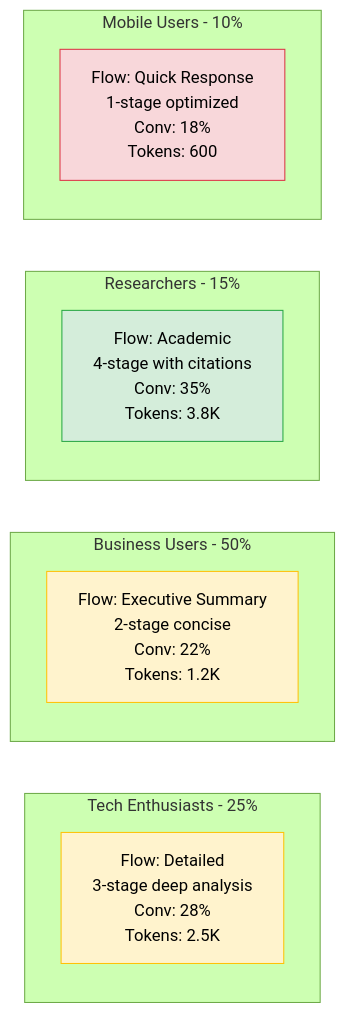
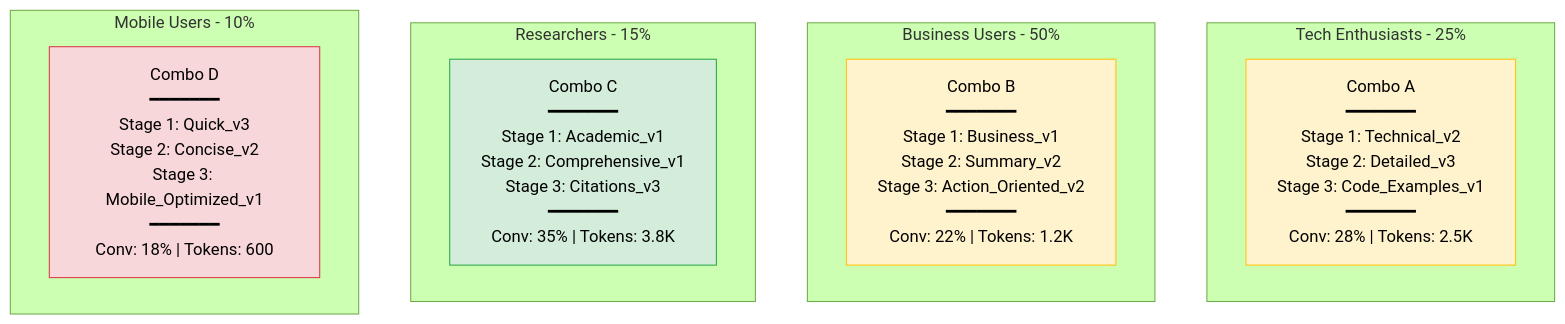
Before and after one commit to featbit/agent-flag: the sixth of 6 diagrams in insights-bh.md, drawn with Mermaid (forest theme). The commit also changed other lines of this file and 1 other file, not shown here.

````diff
--- a/insights-bh.md
+++ b/insights-bh.md
@@ -291,26 +300,30 @@
 ```mermaid
-graph LR
+graph TB
     subgraph Segment1[Tech Enthusiasts - 25%]
-        F1[Flow: Detailed<br/>3-stage deep analysis<br/>Conv: 28%<br/>Tokens: 2.5K]
+        direction LR
+        F1["Combo A<br/>━━━━━━━<br/>Stage 1: Technical_v2<br/>Stage 2: Detailed_v3<br/>Stage 3: Code_Examples_v1<br/>━━━━━━━<br/>Conv: 28% | Tokens: 2.5K"]
     end
     
     subgraph Segment2[Business Users - 50%]
-        F2[Flow: Executive Summary<br/>2-stage concise<br/>Conv: 22%<br/>Tokens: 1.2K]
+        direction LR
+        F2["Combo B<br/>━━━━━━━<br/>Stage 1: Business_v1<br/>Stage 2: Summary_v2<br/>Stage 3: Action_Oriented_v2<br/>━━━━━━━<br/>Conv: 22% | Tokens: 1.2K"]
     end
     
     subgraph Segment3[Researchers - 15%]
-        F3[Flow: Academic<br/>4-stage with citations<br/>Conv: 35%<br/>Tokens: 3.8K]
+        direction LR
+        F3["Combo C<br/>━━━━━━━<br/>Stage 1: Academic_v1<br/>Stage 2: Comprehensive_v1<br/>Stage 3: Citations_v3<br/>━━━━━━━<br/>Conv: 35% | Tokens: 3.8K"]
     end
     
     subgraph Segment4[Mobile Users - 10%]
-        F4[Flow: Quick Response<br/>1-stage optimized<br/>Conv: 18%<br/>Tokens: 600]
+        direction LR
+        F4["Combo D<br/>━━━━━━━<br/>Stage 1: Quick_v3<br/>Stage 2: Concise_v2<br/>Stage 3: Mobile_Optimized_v1<br/>━━━━━━━<br/>Conv: 18% | Tokens: 600"]
     end
     
     classDef best fill:#d4edda,stroke:#28a745
     classDef good fill:#fff3cd,stroke:#ffc107
     classDef okay fill:#f8d7da,stroke:#dc3545
     
     class F3 best
     class F1,F2 good
     class F4 okay
 ```
````
